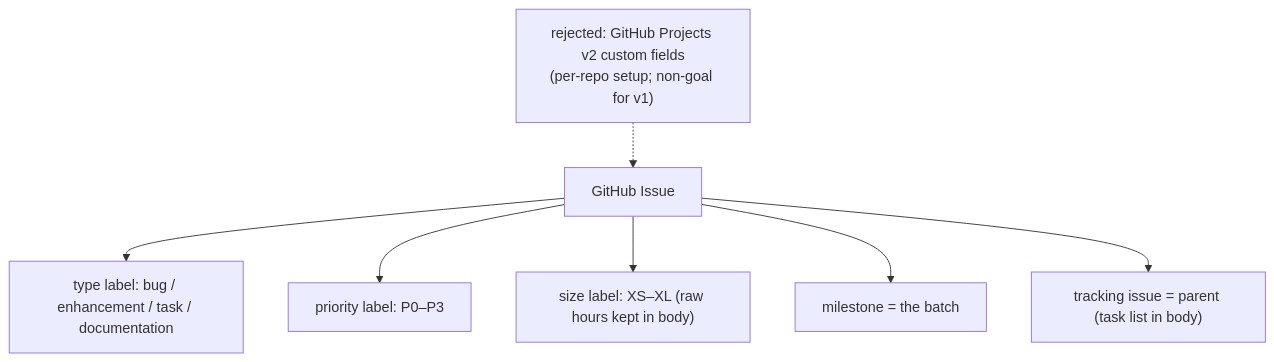
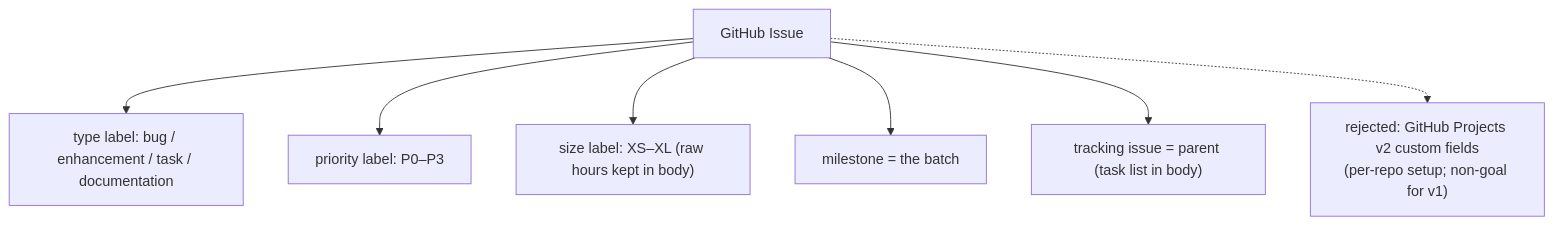
The diagram in plugins/github-backlog/docs/adr/0003-labels-not-github-projects.md (ThodsaphonSonthiphin/workflow-daily-work), drawn with Mermaid before and after one commit. The commit also changed 2 other files, not shown here.

Commit message:
docs(adr): mermaid syntax hardening in plugin ADR diagrams (review fixes)

````diff
--- a/plugins/github-backlog/docs/adr/0003-labels-not-github-projects.md
+++ b/plugins/github-backlog/docs/adr/0003-labels-not-github-projects.md
@@ -6,9 +6,9 @@
 ```mermaid
 graph TD
     I["GitHub Issue"] --> T["type label: bug / enhancement / task / documentation"]
     I --> P["priority label: P0–P3"]
     I --> S["size label: XS–XL (raw hours kept in body)"]
     I --> M["milestone = the batch"]
     I --> TR["tracking issue = parent (task list in body)"]
-    X["rejected: GitHub Projects v2 custom fields<br/>(per-repo setup; non-goal for v1)"] -.-> I
+    I -.-> X["rejected: GitHub Projects v2 custom fields<br/>(per-repo setup; non-goal for v1)"]
 ```
````
